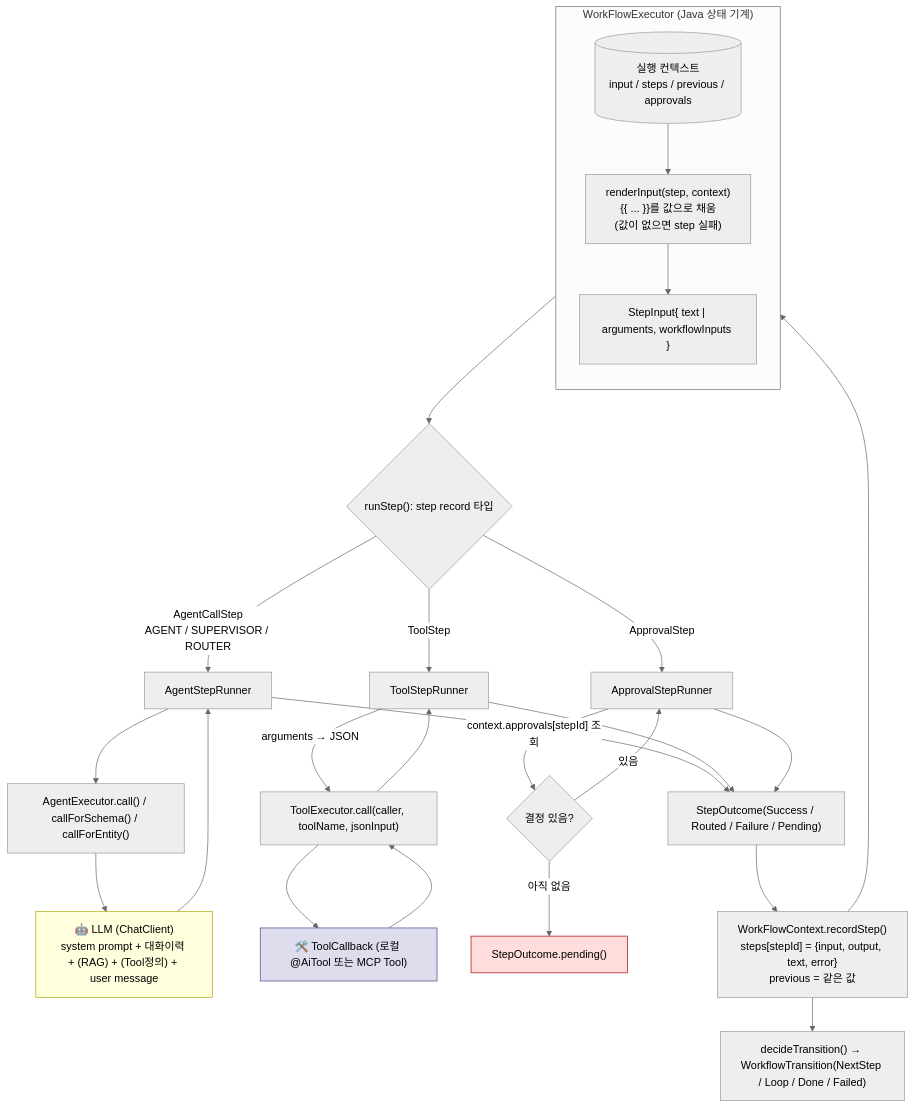
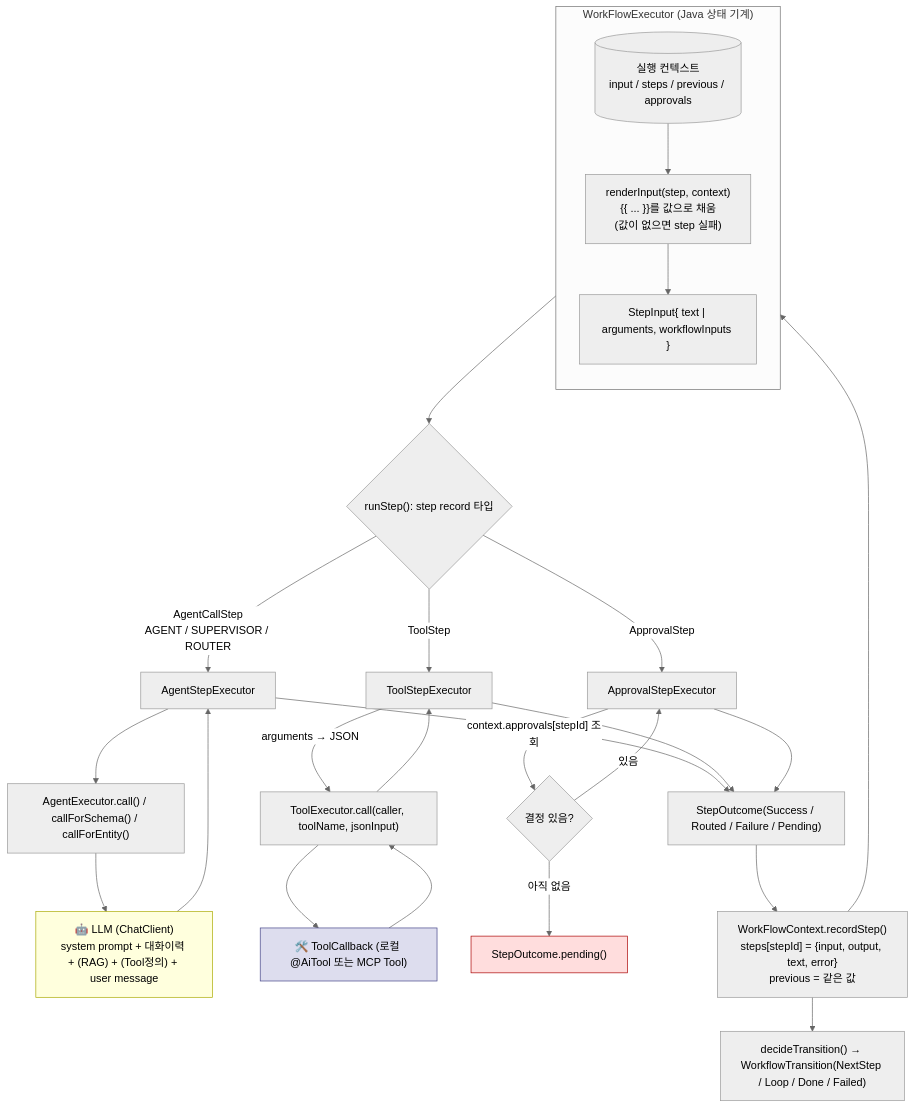
The fifth of 10 diagrams in docs/09.dstone-ai-engine.md (YongSoekChoeng/dstone), drawn with Mermaid (neutral theme) before and after one commit. The commit also changed other lines of this file and 28 other files, not shown here.

````diff
--- a/docs/09.dstone-ai-engine.md
+++ b/docs/09.dstone-ai-engine.md
@@ -372,39 +372,39 @@
 ```mermaid
 flowchart TD
     subgraph L1["WorkFlowExecutor (Java 상태 기계)"]
         direction TB
         CTX[("실행 컨텍스트\ninput / steps / previous / approvals")]
         R["renderInput(step, context)\n{{ ... }}를 값으로 채움\n(값이 없으면 step 실패)"]
         SI["StepInput{ text | arguments, workflowInputs }"]
         CTX --> R --> SI
     end
 
     SI --> DISPATCH{"runStep(): step record 타입"}
-    DISPATCH -->|AgentCallStep\nAGENT / SUPERVISOR / ROUTER| ASR["AgentStepRunner"]
-    DISPATCH -->|ToolStep| TSR["ToolStepRunner"]
-    DISPATCH -->|ApprovalStep| APR["ApprovalStepRunner"]
+    DISPATCH -->|AgentCallStep\nAGENT / SUPERVISOR / ROUTER| ASR["AgentStepExecutor"]
+    DISPATCH -->|ToolStep| TSR["ToolStepExecutor"]
+    DISPATCH -->|ApprovalStep| APR["ApprovalStepExecutor"]
 
     ASR --> AE["AgentExecutor.call() / callForSchema() / callForEntity()"]
     AE --> LLM["🤖 LLM (ChatClient)\nsystem prompt + 대화이력 + (RAG) + (Tool정의) + user message"]
     LLM --> ASR
 
     TSR -->|"arguments → JSON"| TE["ToolExecutor.call(caller, toolName, jsonInput)"]
     TE --> TOOL["🛠️ ToolCallback (로컬 @AiTool 또는 MCP Tool)"]
     TOOL --> TE --> TSR
 
     APR -->|"context.approvals[stepId] 조회"| DECIDE{"결정 있음?"}
     DECIDE -->|"아직 없음"| PENDING["StepOutcome.pending()"]
     DECIDE -->|"있음"| APR
 
     ASR --> SO["StepOutcome(Success / Routed / Failure / Pending)"]
     TSR --> SO
     APR --> SO
 
     SO --> REC["WorkFlowContext.recordStep()\nsteps[stepId] = {input, output, text, error}\nprevious = 같은 값"]
     REC --> CTX
     REC --> NEXT["decideTransition() → WorkflowTransition(NextStep / Loop / Done / Failed)"]
 
     style LLM fill:#ffd,stroke:#aa0
     style TOOL fill:#dde,stroke:#448
     style PENDING fill:#fdd,stroke:#a00
 ```
````
